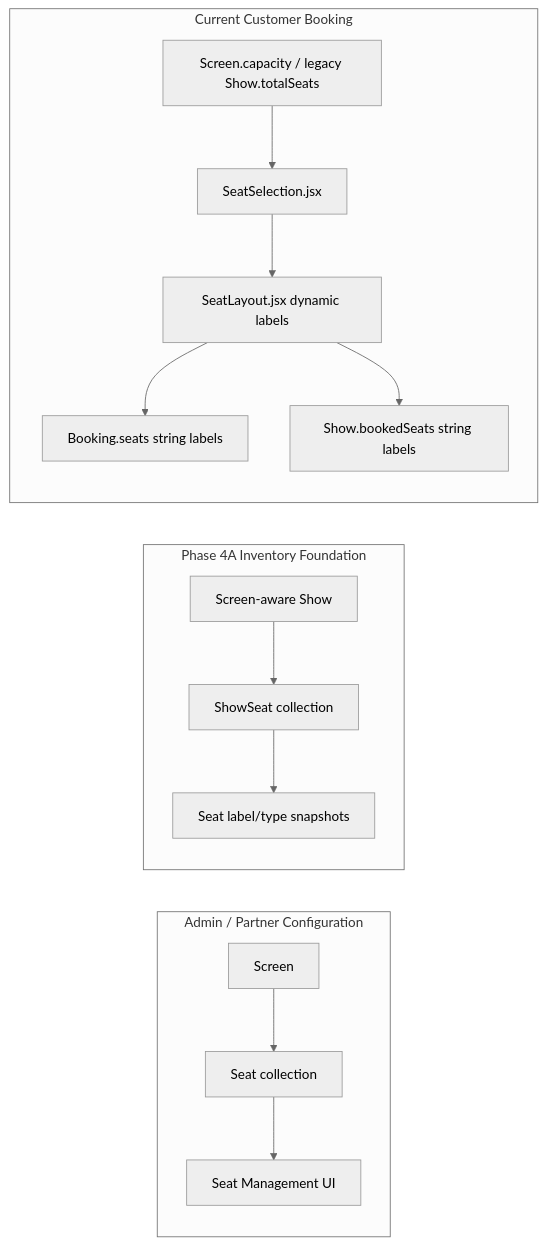
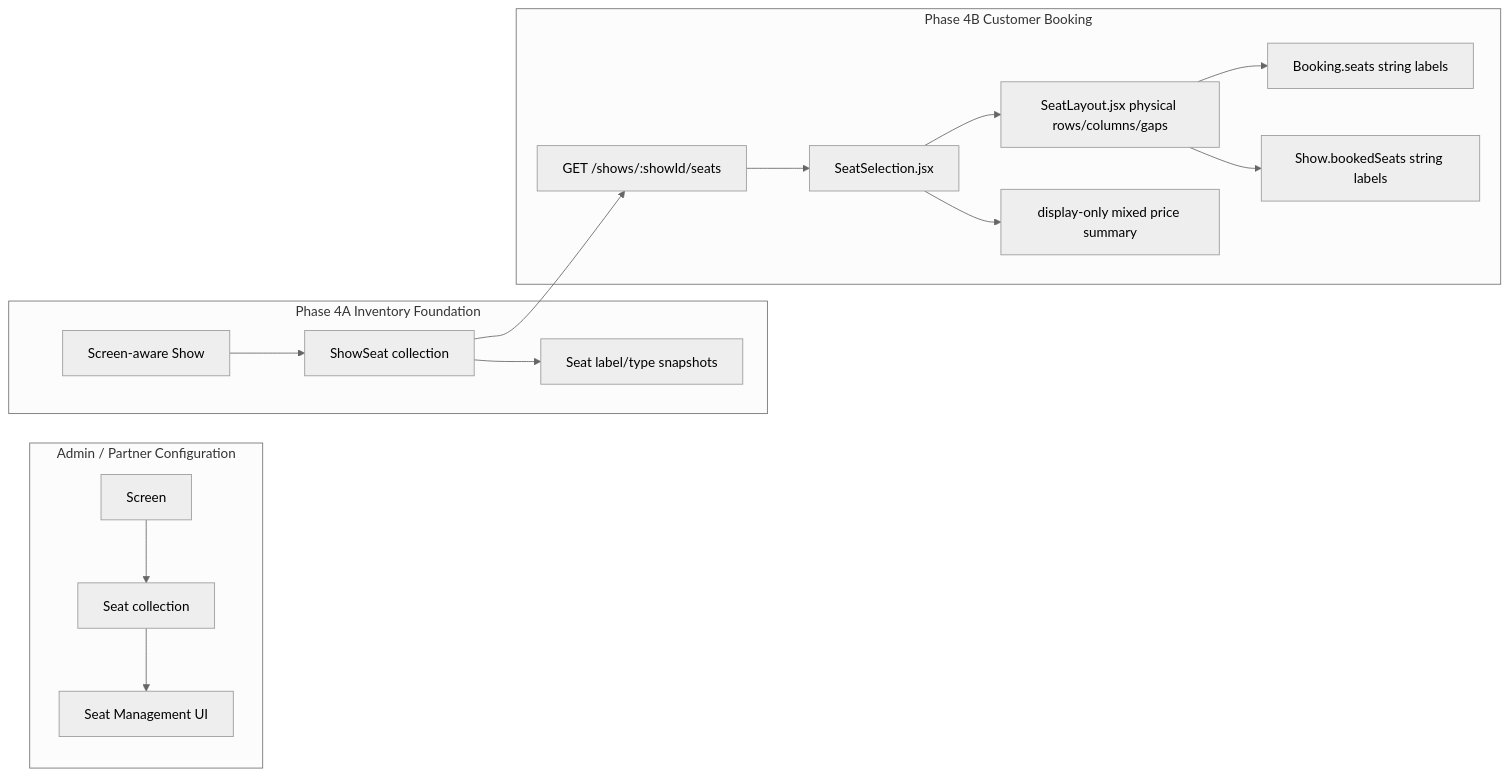
Before and after one commit to Shravan-509/BookMyShow: the fifth of 9 diagrams in docs/DIAGRAMS.md, drawn with Mermaid (neutral theme). The commit also changed other lines of this file and 13 other files, not shown here.

Commit message:
docs(show-seats): document Phase 4B booking and pricing integration

````diff
--- a/docs/DIAGRAMS.md
+++ b/docs/DIAGRAMS.md
@@ -57,19 +60,21 @@
 ```mermaid
 flowchart LR
     subgraph AdminPartner["Admin / Partner Configuration"]
         Screen["Screen"] --> Seat["Seat collection"]
         Seat --> SeatManagement["Seat Management UI"]
     end
 
     subgraph Phase4A["Phase 4A Inventory Foundation"]
         Show["Screen-aware Show"] --> ShowSeat["ShowSeat collection"]
         ShowSeat --> SeatSnapshot["Seat label/type snapshots"]
     end
 
-    subgraph CustomerBooking["Current Customer Booking"]
-        ShowCapacity["Screen.capacity / legacy Show.totalSeats"] --> SeatSelection["SeatSelection.jsx"]
-        SeatSelection --> SeatLayout["SeatLayout.jsx dynamic labels"]
+    subgraph CustomerBooking["Phase 4B Customer Booking"]
+        ShowSeat --> AvailabilityAPI["GET /shows/:showId/seats"]
+        AvailabilityAPI --> SeatSelection["SeatSelection.jsx"]
+        SeatSelection --> SeatLayout["SeatLayout.jsx physical rows/columns/gaps"]
         SeatLayout --> BookingSeats["Booking.seats string labels"]
         SeatLayout --> ShowBookedSeats["Show.bookedSeats string labels"]
+        SeatSelection --> PriceDisplay["display-only mixed price summary"]
     end
 ```
````
